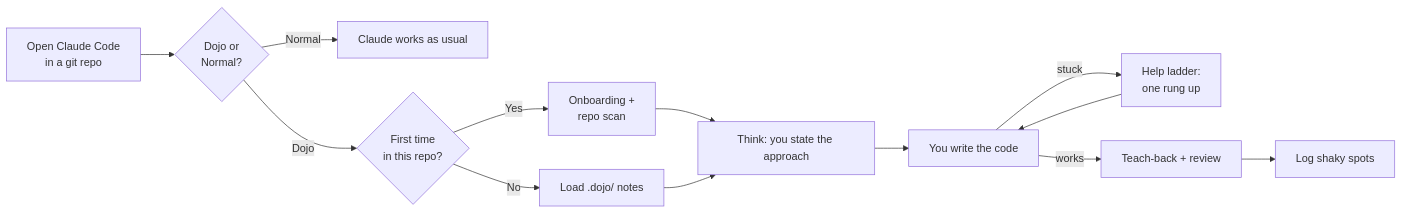
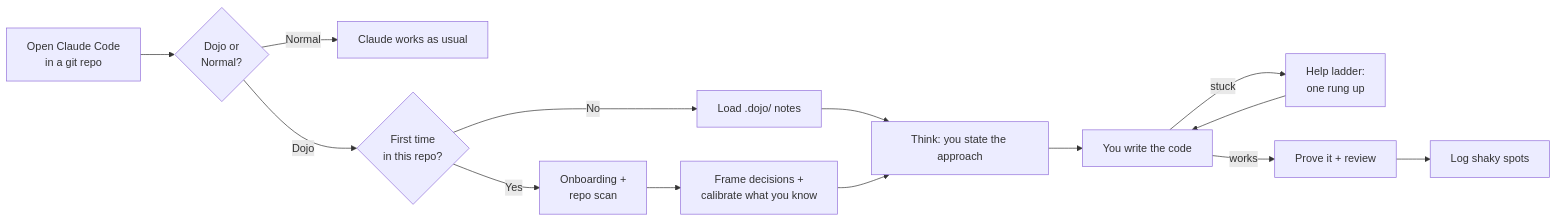
One commit to pprusin/code-dojo changed the diagram in README.md. Above: the diagram before and after it, drawn with Mermaid. The commit also changed other lines of this file and 7 other files, not shown here.

First line of the commit message:
feat: guide for decisions, calibration and tool walkthroughs; prove-it replaces teach-back (v1.0.0)

````diff
--- a/README.md
+++ b/README.md
@@ -39,15 +41,16 @@
 ```mermaid
 flowchart LR
     A[Open Claude Code<br/>in a git repo] --> B{Dojo or<br/>Normal?}
     B -->|Normal| N[Claude works as usual]
     B -->|Dojo| C{First time<br/>in this repo?}
     C -->|Yes| D[Onboarding +<br/>repo scan]
     C -->|No| E[Load .dojo/ notes]
-    D --> F
-    E --> F[Think: you state the approach]
+    D --> K
+    E --> F
+    K[Frame decisions +<br/>calibrate what you know] --> F[Think: you state the approach]
     F --> G[You write the code]
     G -->|stuck| H[Help ladder:<br/>one rung up]
     H --> G
-    G -->|works| I[Teach-back + review]
+    G -->|works| I[Prove it + review]
     I --> J[Log shaky spots]
 ```
````
